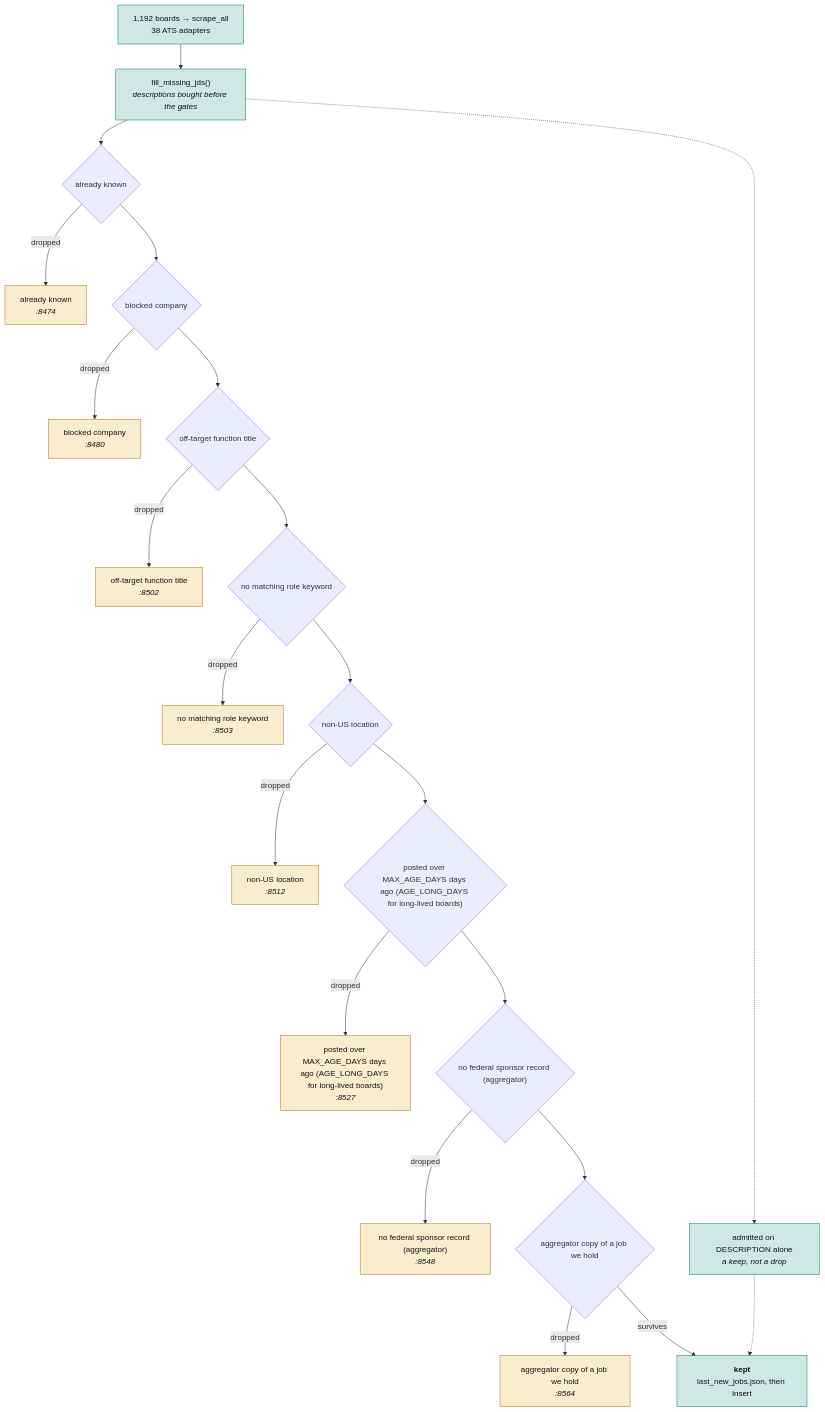
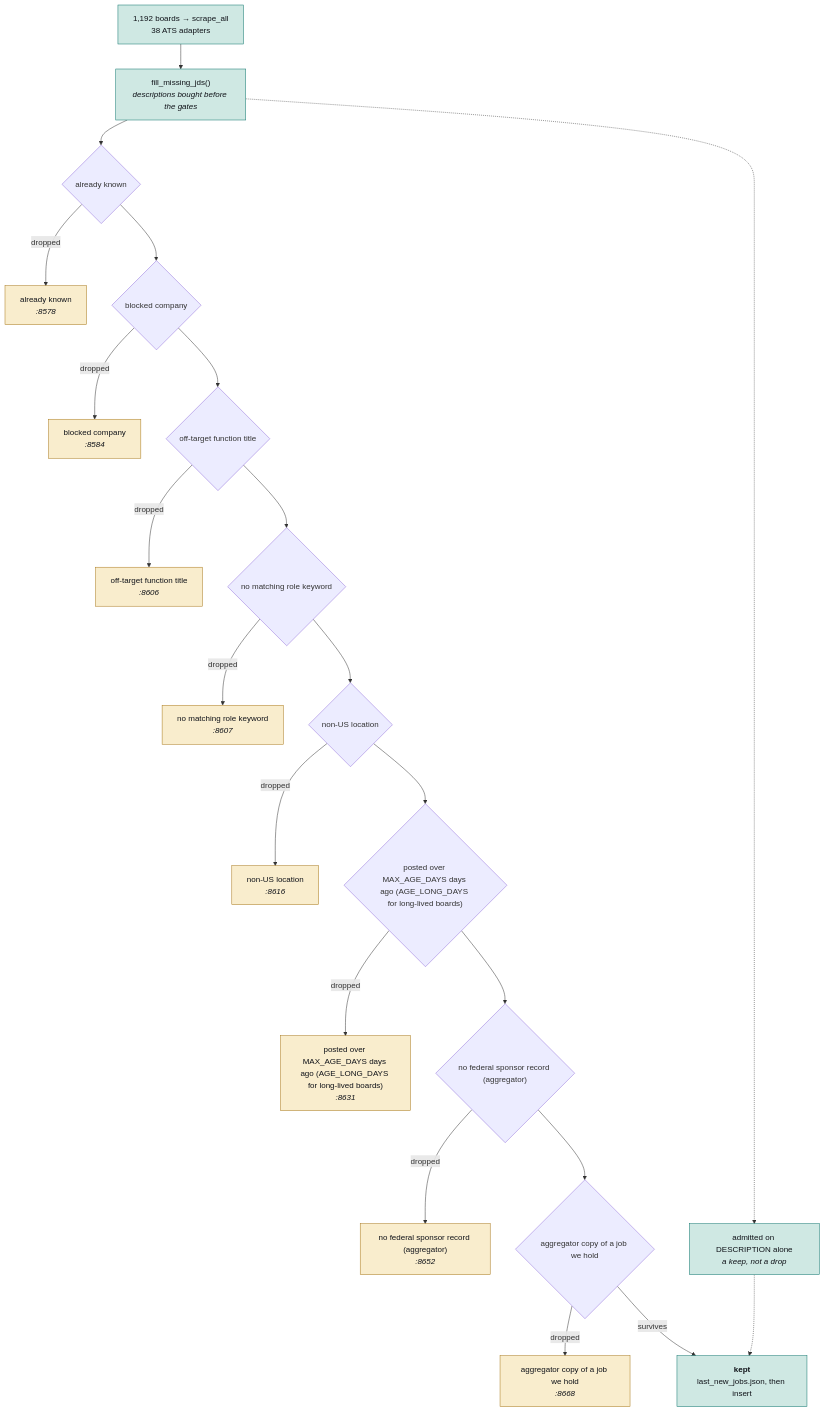
One commit to hadakunal909-debug/job-search-tool changed the second of 4 diagrams in JobMatch Scraper/docs/ARCHITECTURE.md. Above: the diagram before and after it, drawn with Mermaid. The commit also changed other lines of this file and 37 other files, not shown here.

````diff
--- a/JobMatch Scraper/docs/ARCHITECTURE.md
+++ b/JobMatch Scraper/docs/ARCHITECTURE.md
@@ -106,54 +106,54 @@
 ```mermaid
 flowchart TB
   SRC["1,192 boards → scrape_all<br/>38 ATS adapters"]
   JD["fill_missing_jds()<br/><i>descriptions bought before the gates</i>"]
   SRC --> JD
   G0{"already known"}
-  D0["already known<br/><i>:8474</i>"]
+  D0["already known<br/><i>:8578</i>"]
   JD --> G0
   G0 -->|dropped| D0
   class D0 trap
   G1{"blocked company"}
-  D1["blocked company<br/><i>:8480</i>"]
+  D1["blocked company<br/><i>:8584</i>"]
   G0 --> G1
   G1 -->|dropped| D1
   class D1 trap
   G2{"off-target function title"}
-  D2["off-target function title<br/><i>:8502</i>"]
+  D2["off-target function title<br/><i>:8606</i>"]
   G1 --> G2
   G2 -->|dropped| D2
   class D2 trap
   G3{"no matching role keyword"}
-  D3["no matching role keyword<br/><i>:8503</i>"]
+  D3["no matching role keyword<br/><i>:8607</i>"]
   G2 --> G3
   G3 -->|dropped| D3
   class D3 trap
   G4{"non-US location"}
-  D4["non-US location<br/><i>:8512</i>"]
+  D4["non-US location<br/><i>:8616</i>"]
   G3 --> G4
   G4 -->|dropped| D4
   class D4 trap
   G5{"posted over MAX_AGE_DAYS days ago (AGE_LONG_DAYS for long-lived boards)"}
-  D5["posted over MAX_AGE_DAYS days ago (AGE_LONG_DAYS for long-lived boards)<br/><i>:8527</i>"]
+  D5["posted over MAX_AGE_DAYS days ago (AGE_LONG_DAYS for long-lived boards)<br/><i>:8631</i>"]
   G4 --> G5
   G5 -->|dropped| D5
   class D5 trap
   G6{"no federal sponsor record (aggregator)"}
-  D6["no federal sponsor record (aggregator)<br/><i>:8548</i>"]
+  D6["no federal sponsor record (aggregator)<br/><i>:8652</i>"]
   G5 --> G6
   G6 -->|dropped| D6
   class D6 trap
   G7{"aggregator copy of a job we hold"}
-  D7["aggregator copy of a job we hold<br/><i>:8564</i>"]
+  D7["aggregator copy of a job we hold<br/><i>:8668</i>"]
   G6 --> G7
   G7 -->|dropped| D7
   class D7 trap
   KEEP["<b>kept</b><br/>last_new_jobs.json, then insert"]
   G7 -->|survives| KEEP
   RESCUE["admitted on DESCRIPTION alone<br/><i>a keep, not a drop</i>"]
   JD -.-> RESCUE
   RESCUE -.-> KEEP
   classDef trap fill:#f9edcd,stroke:#a8781a,color:#101319
   classDef sched fill:#cfe8e3,stroke:#0f766e,color:#101319
   class SRC,JD,KEEP,RESCUE sched
 ```
````
